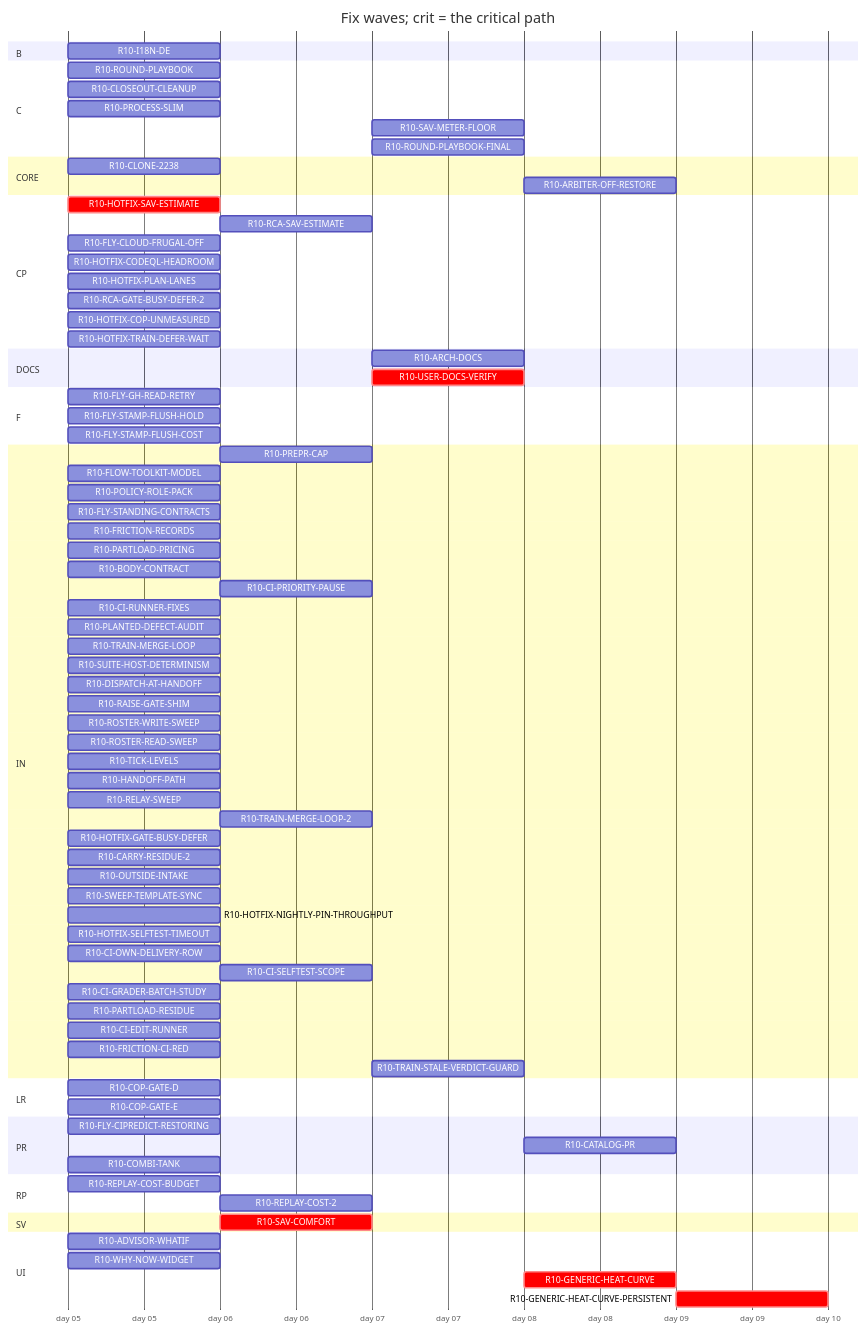
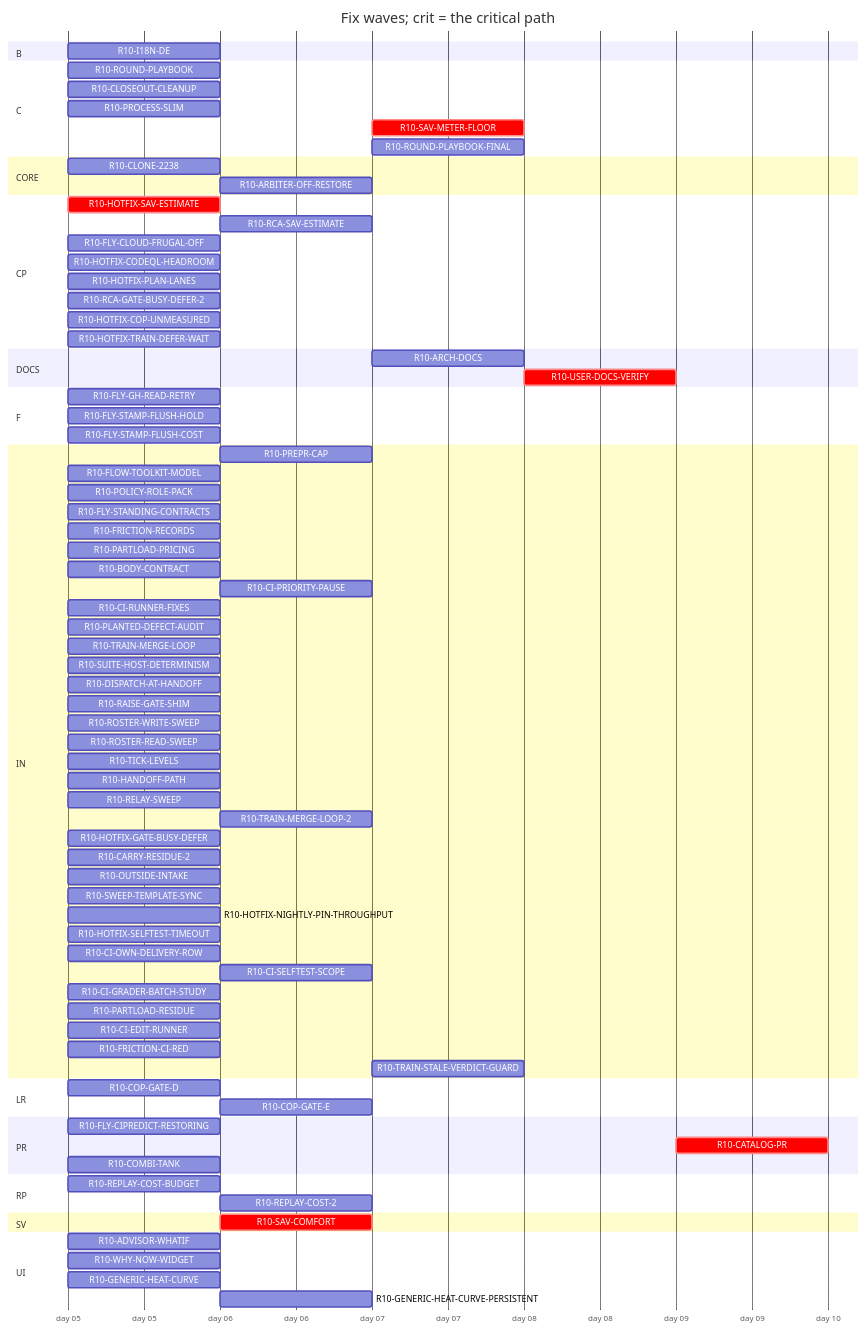
One commit to tvofi/heatpump_optimizer changed the diagram in handoff/round10/state/PLAN-TABLE.md. Above: the diagram before and after it, drawn with Mermaid. The commit also changed other lines of this file and 3 other files, not shown here.

Commit message:
state: FLOW-BOARD.md, NEXT-SESSION-PROMPT.md, PLAN-TABLE.md, RESUME-CURRENT.md regenerated (state_docs.py)

````diff
--- a/handoff/round10/state/PLAN-TABLE.md
+++ b/handoff/round10/state/PLAN-TABLE.md
@@ -33,7 +33,7 @@
     R10-ROUND-PLAYBOOK :r10ROUNDPLAYBOOK, 2026-01-05, 1d
     R10-CLOSEOUT-CLEANUP :r10CLOSEOUTCLEANUP, 2026-01-05, 1d
     R10-PROCESS-SLIM :r10PROCESSSLIM, 2026-01-05, 1d
-    R10-SAV-METER-FLOOR :r10SAVMETERFLOOR, after r10HOTFIXSAVESTIMATE r10SAVCOMFORT, 1d
+    R10-SAV-METER-FLOOR :crit, r10SAVMETERFLOOR, after r10HOTFIXSAVESTIMATE r10SAVCOMFORT, 1d
     R10-ROUND-PLAYBOOK-FINAL :r10ROUNDPLAYBOOKFINAL, after r10PREPRCAP r10HANDOFFPATH r10RELAYSWEEP r10TRAINMERGELOOP r10DISPATCHATHANDOFF r10BODYCONTRACT r10TICKLEVELS r10CIPRIORITYPAUSE r10ROSTERWRITESWEEP r10ROSTERREADSWEEP r10FLYSTANDINGCONTRACTS r10POLICYROLEPACK r10FRICTIONRECORDS r10FLOWTOOLKITMODEL r10CIRUNNERFIXES r10FLYCIPREDICTRESTORING r10RAISEGATESHIM r10PLANTEDDEFECTAUDIT r10FLYGHREADRETRY r10SUITEHOSTDETERMINISM r10ROUNDPLAYBOOK, 1d
   section CORE
     R10-CLONE-2238 :r10CLONE2238, 2026-01-05, 1d
@@ -49,7 +49,7 @@
     R10-HOTFIX-TRAIN-DEFER-WAIT :r10HOTFIXTRAINDEFERWAIT, 2026-01-05, 1d
   section DOCS
     R10-ARCH-DOCS :r10ARCHDOCS, after r10CLONE2238 r10SAVCOMFORT r10COPGATED r10WHYNOWWIDGET r10PARTLOADPRICING r10ADVISORWHATIF r10REPLAYCOSTBUDGET r10PREPRCAP r10HANDOFFPATH r10RELAYSWEEP r10TRAINMERGELOOP r10DISPATCHATHANDOFF r10BODYCONTRACT r10TICKLEVELS r10CIPRIORITYPAUSE r10ROSTERWRITESWEEP r10ROSTERREADSWEEP r10FLYSTANDINGCONTRACTS r10POLICYROLEPACK r10FRICTIONRECORDS r10FLOWTOOLKITMODEL r10CIRUNNERFIXES r10FLYCIPREDICTRESTORING r10RAISEGATESHIM r10PLANTEDDEFECTAUDIT r10FLYGHREADRETRY r10SUITEHOSTDETERMINISM, 1d
-    R10-USER-DOCS-VERIFY :crit, r10USERDOCSVERIFY, after r10CLONE2238 r10SAVCOMFORT r10COPGATED r10WHYNOWWIDGET r10PARTLOADPRICING r10ADVISORWHATIF r10REPLAYCOSTBUDGET, 1d
+    R10-USER-DOCS-VERIFY :crit, r10USERDOCSVERIFY, after r10CLONE2238 r10SAVCOMFORT r10COPGATED r10WHYNOWWIDGET r10PARTLOADPRICING r10ADVISORWHATIF r10SAVMETERFLOOR r10HOTFIXCOPUNMEASURED r10COPGATEE r10PARTLOADRESIDUE r10I18NDE r10GENERICHEATCURVE r10GENERICHEATCURVEPERSISTENT r10ARBITEROFFRESTORE r10COMBITANK, 1d
   section F
     R10-FLY-GH-READ-RETRY :r10FLYGHREADRETRY, 2026-01-05, 1d
     R10-FLY-STAMP-FLUSH-HOLD :r10FLYSTAMPFLUSHHOLD, 2026-01-05, 1d
@@ -87,13 +87,13 @@
     R10-PARTLOAD-RESIDUE :r10PARTLOADRESIDUE, 2026-01-05, 1d
     R10-CI-EDIT-RUNNER :r10CIEDITRUNNER, 2026-01-05, 1d
     R10-FRICTION-CI-RED :r10FRICTIONCIRED, 2026-01-05, 1d
-    R10-TRAIN-STALE-VERDICT-GUARD :r10TRAINSTALEVERDICTGUARD, after r10TRAINMERGELOOP2 r10HOTFIXTRAINDEFERWAIT, 1d
+    R10-TRAIN-STALE-VERDICT-GUARD :r10TRAINSTALEVERDICTGUARD, after r10TRAINMERGELOOP2, 1d
   section LR
     R10-COP-GATE-D :r10COPGATED, 2026-01-05, 1d
-    R10-COP-GATE-E :r10COPGATEE, 2026-01-05, 1d
+    R10-COP-GATE-E :r10COPGATEE, after r10HOTFIXCOPUNMEASURED, 1d
   section PR
     R10-FLY-CIPREDICT-RESTORING :r10FLYCIPREDICTRESTORING, 2026-01-05, 1d
-    R10-CATALOG-PR :r10CATALOGPR, after r10USERDOCSVERIFY r10ARCHDOCS r10ROUNDPLAYBOOKFINAL r10CLOSEOUTCLEANUP, 1d
+    R10-CATALOG-PR :crit, r10CATALOGPR, after r10USERDOCSVERIFY r10ARCHDOCS r10ROUNDPLAYBOOKFINAL r10CLOSEOUTCLEANUP, 1d
     R10-COMBI-TANK :r10COMBITANK, 2026-01-05, 1d
   section RP
     R10-REPLAY-COST-BUDGET :r10REPLAYCOSTBUDGET, 2026-01-05, 1d
@@ -103,6 +103,6 @@
   section UI
     R10-ADVISOR-WHATIF :r10ADVISORWHATIF, 2026-01-05, 1d
     R10-WHY-NOW-WIDGET :r10WHYNOWWIDGET, 2026-01-05, 1d
-    R10-GENERIC-HEAT-CURVE :crit, r10GENERICHEATCURVE, after r10USERDOCSVERIFY, 1d
-    R10-GENERIC-HEAT-CURVE-PERSISTENT :crit, r10GENERICHEATCURVEPERSISTENT, after r10GENERICHEATCURVE, 1d
+    R10-GENERIC-HEAT-CURVE :r10GENERICHEATCURVE, 2026-01-05, 1d
+    R10-GENERIC-HEAT-CURVE-PERSISTENT :r10GENERICHEATCURVEPERSISTENT, after r10GENERICHEATCURVE, 1d
 ```
````
